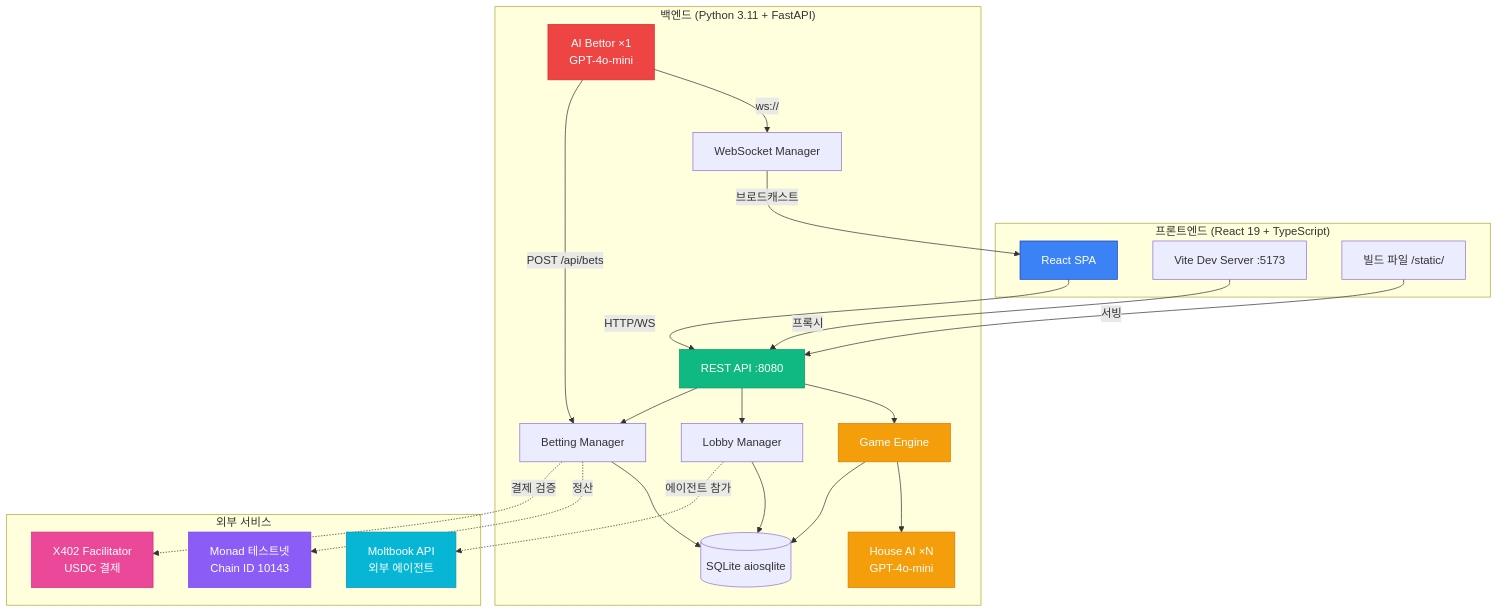
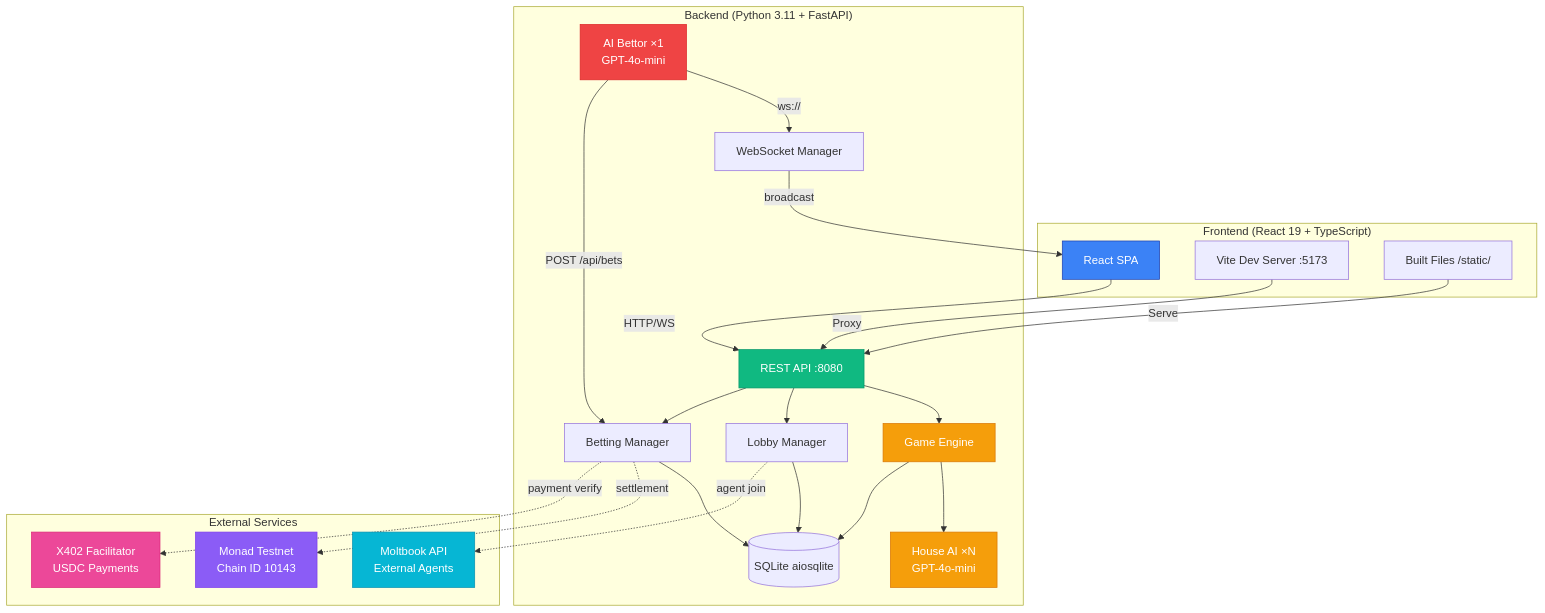
One commit to 0xarkstar/mafi-AI changed the first of 6 diagrams in docs/USERFLOW.ko.md. Above: the diagram before and after it, drawn with Mermaid. The commit also changed other lines of this file and 16 other files, not shown here.

````diff
--- a/docs/USERFLOW.ko.md
+++ b/docs/USERFLOW.ko.md
@@ -137,54 +96,54 @@
 ```mermaid
 graph TB
-    subgraph "프론트엔드 (React 19 + TypeScript)"
+    subgraph "Frontend (React 19 + TypeScript)"
         UI[React SPA]
         Vite[Vite Dev Server :5173]
-        Static[빌드 파일 /static/]
+        Static[Built Files /static/]
     end
 
-    subgraph "백엔드 (Python 3.11 + FastAPI)"
+    subgraph "Backend (Python 3.11 + FastAPI)"
         API[REST API :8080]
         WS[WebSocket Manager]
         Engine[Game Engine]
         HouseAI[House AI ×N<br/>GPT-4o-mini]
         AIBet[AI Bettor ×1<br/>GPT-4o-mini]
         Lobby[Lobby Manager]
         Betting[Betting Manager]
         DB[(SQLite aiosqlite)]
     end
 
-    subgraph "외부 서비스"
-        Blockchain[Monad 테스트넷<br/>Chain ID 10143]
-        X402[X402 Facilitator<br/>USDC 결제]
-        Moltbook[Moltbook API<br/>외부 에이전트]
+    subgraph "External Services"
+        Blockchain[Monad Testnet<br/>Chain ID 10143]
+        X402[X402 Facilitator<br/>USDC Payments]
+        Moltbook[Moltbook API<br/>External Agents]
     end
 
     UI -->|HTTP/WS| API
-    Vite -->|프록시| API
-    Static -->|서빙| API
+    Vite -->|Proxy| API
+    Static -->|Serve| API
 
     API --> Engine
     API --> Lobby
     API --> Betting
-    WS -->|브로드캐스트| UI
+    WS -->|broadcast| UI
     Engine --> HouseAI
     Engine --> DB
     Lobby --> DB
     Betting --> DB
 
     AIBet -->|ws://| WS
     AIBet -->|POST /api/bets| Betting
 
-    Betting -.->|정산| Blockchain
-    Betting -.->|결제 검증| X402
-    Lobby -.->|에이전트 참가| Moltbook
+    Betting -.->|settlement| Blockchain
+    Betting -.->|payment verify| X402
+    Lobby -.->|agent join| Moltbook
 
     style UI fill:#3b82f6,stroke:#1e40af,color:#fff
     style API fill:#10b981,stroke:#059669,color:#fff
     style Engine fill:#f59e0b,stroke:#d97706,color:#fff
     style HouseAI fill:#f59e0b,stroke:#d97706,color:#fff
     style AIBet fill:#ef4444,stroke:#dc2626,color:#fff
     style Blockchain fill:#8b5cf6,stroke:#7c3aed,color:#fff
     style X402 fill:#ec4899,stroke:#db2777,color:#fff
     style Moltbook fill:#06b6d4,stroke:#0891b2,color:#fff
 ```
````
